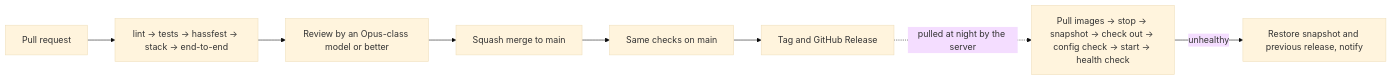
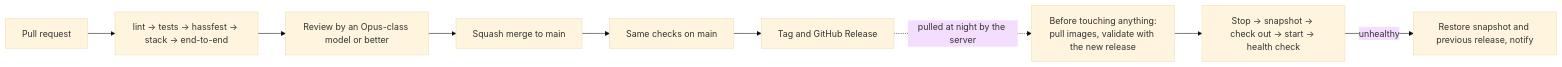
One commit to oxydonth/cave_system changed the second of 2 diagrams in docs/concept.md. Above: the diagram before and after it, drawn with Mermaid (base theme). The commit also changed other lines of this file and 1 other file, not shown here.

````diff
--- a/docs/concept.md
+++ b/docs/concept.md
@@ -426,10 +434,11 @@
 ```mermaid
 flowchart LR
   pr["Pull request"] --> checks["lint → tests → hassfest → stack → end-to-end"]
   checks --> review["Review by an Opus-class model or better"]
   review --> merge["Squash merge to main"]
   merge --> main["Same checks on main"]
   main --> rel["Tag and GitHub Release"]
-  rel -. "pulled at night by the server" .-> upd["Pull images → stop → snapshot → check out → config check → start → health check"]
+  rel -. "pulled at night by the server" .-> pre["Before touching anything:<br/>pull images, validate with the new release"]
+  pre --> upd["Stop → snapshot → check out → start → health check"]
   upd -- "unhealthy" --> rb["Restore snapshot and previous release, notify"]
 ```
````
